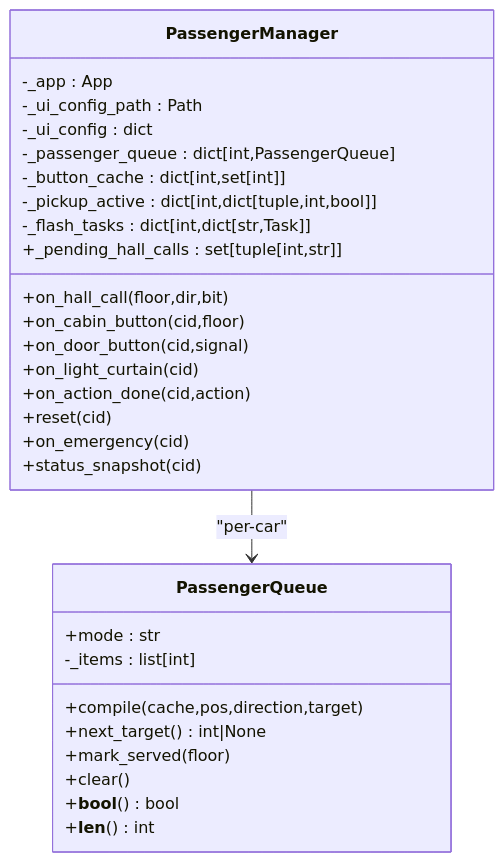
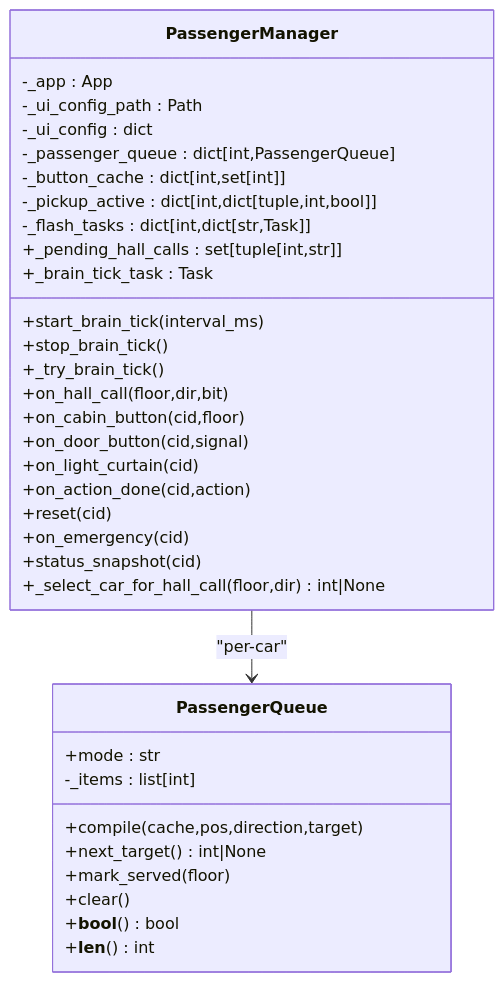
Before and after one commit to xmb505/Haku_EET: the fifth of 8 diagrams in .qoder/repowiki/zh/content/大脑模块.md, drawn with Mermaid. The commit also changed other lines of this file and 27 other files, not shown here.

````diff
--- a/.qoder/repowiki/zh/content/大脑模块.md
+++ b/.qoder/repowiki/zh/content/大脑模块.md
@@ -228,32 +249,37 @@
 ```mermaid
 classDiagram
 class PassengerQueue {
 +mode : str
 -_items : list[int]
 +compile(cache,pos,direction,target)
 +next_target() int|None
 +mark_served(floor)
 +clear()
 +__bool__() bool
 +__len__() int
 }
 class PassengerManager {
 -_app : App
 -_ui_config_path : Path
 -_ui_config : dict
 -_passenger_queue : dict[int,PassengerQueue]
 -_button_cache : dict[int,set[int]]
 -_pickup_active : dict[int,dict[tuple,int,bool]]
 -_flash_tasks : dict[int,dict[str,Task]]
 +_pending_hall_calls : set[tuple[int,str]]
++_brain_tick_task : Task
++start_brain_tick(interval_ms)
++stop_brain_tick()
++_try_brain_tick()
 +on_hall_call(floor,dir,bit)
 +on_cabin_button(cid,floor)
 +on_door_button(cid,signal)
 +on_light_curtain(cid)
 +on_action_done(cid,action)
 +reset(cid)
 +on_emergency(cid)
 +status_snapshot(cid)
++_select_car_for_hall_call(floor,dir) int|None
 }
 PassengerManager --> PassengerQueue : "per-car"
 ```
````
